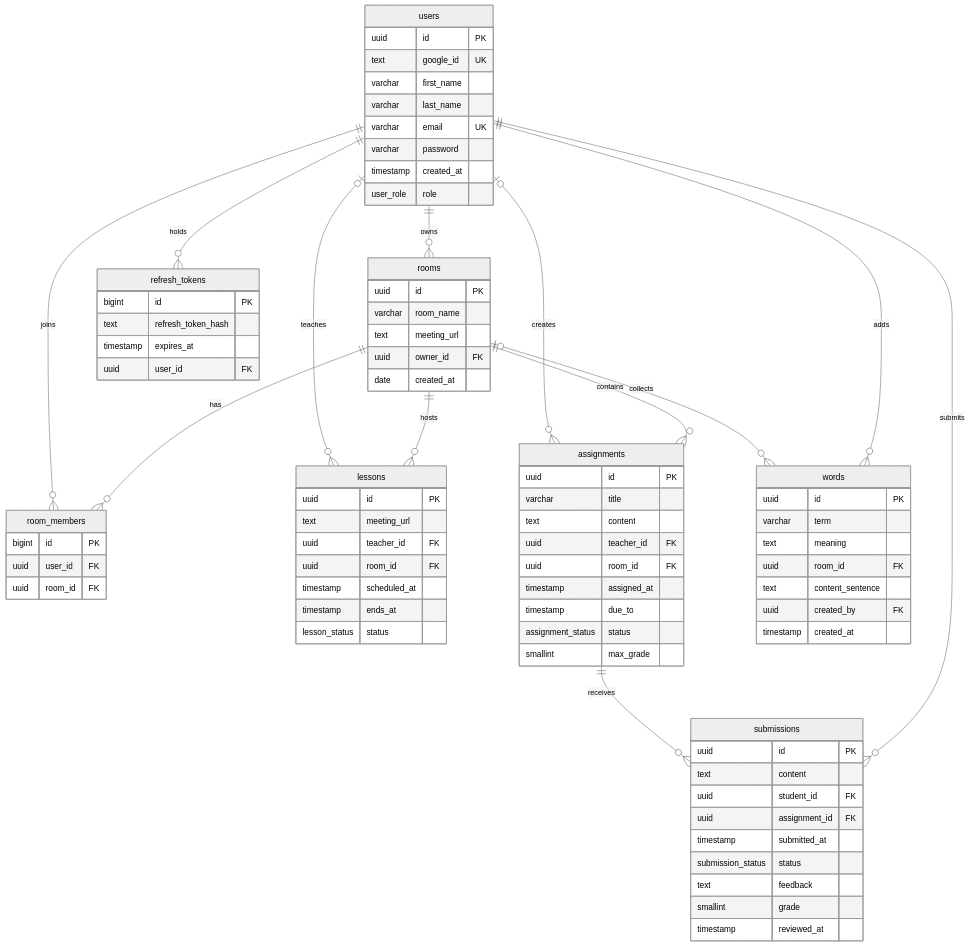
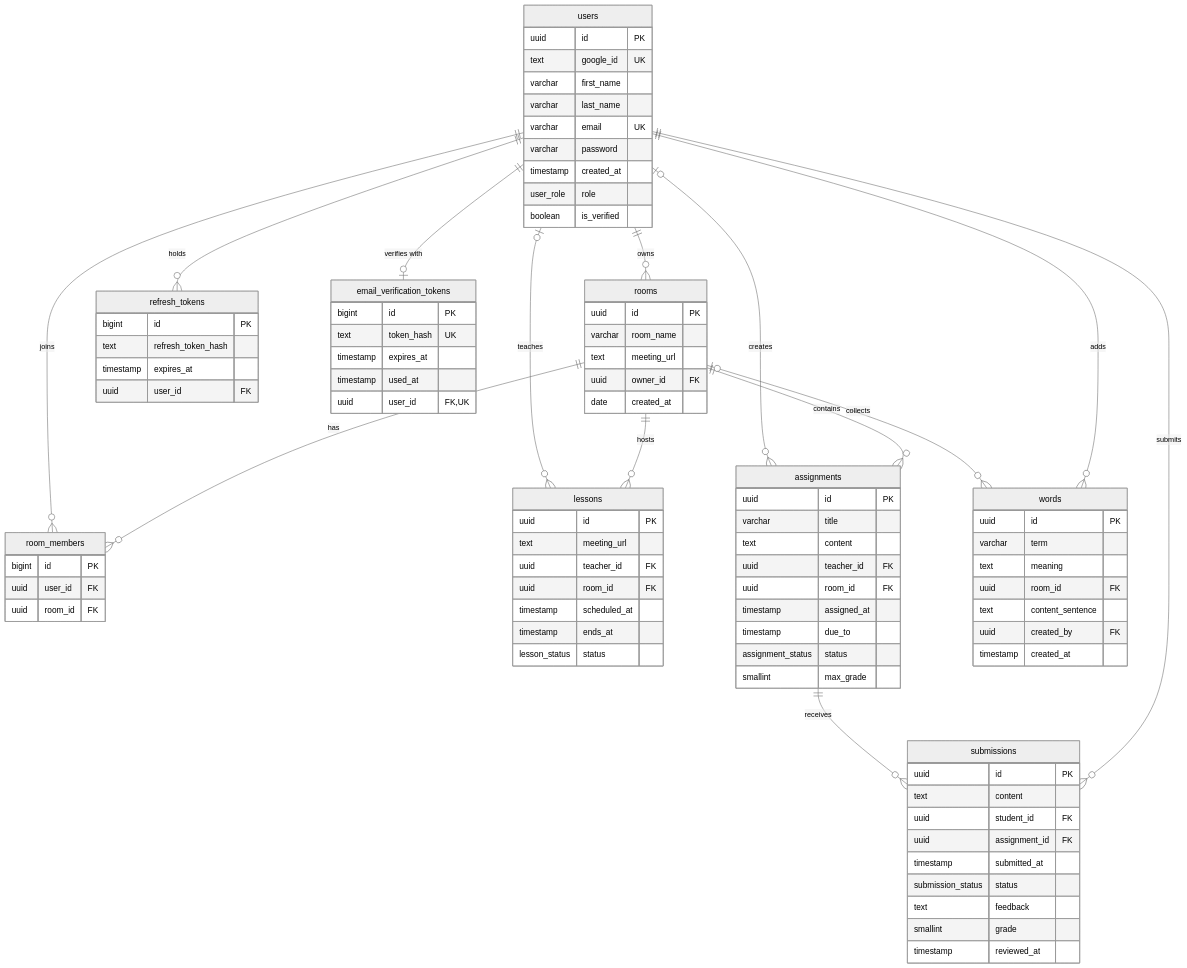
The diagram in apps/api/docs/database.md (feddevv/linguistix), drawn with Mermaid (neutral theme) before and after one commit. The commit also changed other lines of this file, not shown here.

Commit message:
docs: update database schema documentation

````diff
--- a/apps/api/docs/database.md
+++ b/apps/api/docs/database.md
@@ -35,6 +36,7 @@
     rooms |o--o{ words          : "collects"
     users ||--o{ words          : "adds"
     users ||--o{ refresh_tokens : "holds"
+    users ||--o| email_verification_tokens : "verifies with"
 
     users {
         uuid      id PK
@@ -45,6 +47,7 @@
         varchar   password
         timestamp created_at
         user_role role
+        boolean   is_verified
     }
 
     rooms {
@@ -111,4 +114,12 @@
         timestamp expires_at
         uuid      user_id FK
     }
+
+    email_verification_tokens {
+        bigint    id PK
+        text      token_hash UK
+        timestamp expires_at
+        timestamp used_at
+        uuid      user_id FK, UK
+    }
 ```
````
